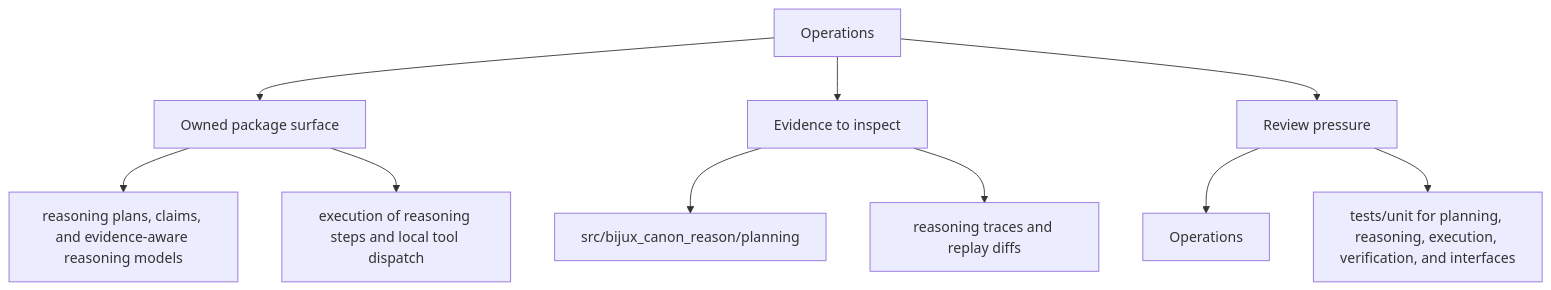
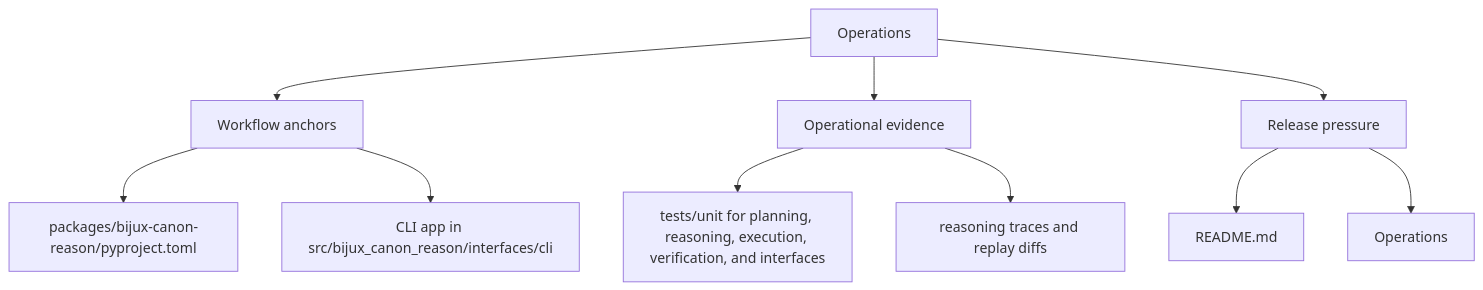
One commit to bijux/bijux-canon changed the second of 2 diagrams in docs/bijux-canon-reason/operations/index.md. Above: the diagram before and after it, drawn with Mermaid. The commit also changed other lines of this file and 250 other files, not shown here.

Commit message:
docs(diagrams): make product page maps more readable

````diff
--- a/docs/bijux-canon-reason/operations/index.md
+++ b/docs/bijux-canon-reason/operations/index.md
@@ -32,22 +32,22 @@
 ```mermaid
 flowchart TD
     page["Operations"]
-    focus1["Owned package surface"]
+    focus1["Workflow anchors"]
     page --> focus1
-    focus1_1["reasoning plans, claims, and evidence-aware reasoning models"]
+    focus1_1["packages/bijux-canon-reason/pyproject.toml"]
     focus1 --> focus1_1
-    focus1_2["execution of reasoning steps and local tool dispatch"]
+    focus1_2["CLI app in src/bijux_canon_reason/interfaces/cli"]
     focus1 --> focus1_2
-    focus2["Evidence to inspect"]
+    focus2["Operational evidence"]
     page --> focus2
-    focus2_1["src/bijux_canon_reason/planning"]
+    focus2_1["tests/unit for planning, reasoning, execution, verification, and interfaces"]
     focus2 --> focus2_1
     focus2_2["reasoning traces and replay diffs"]
     focus2 --> focus2_2
-    focus3["Review pressure"]
+    focus3["Release pressure"]
     page --> focus3
-    focus3_1["Operations"]
+    focus3_1["README.md"]
     focus3 --> focus3_1
-    focus3_2["tests/unit for planning, reasoning, execution, verification, and interfaces"]
+    focus3_2["Operations"]
     focus3 --> focus3_2
 ```
````
